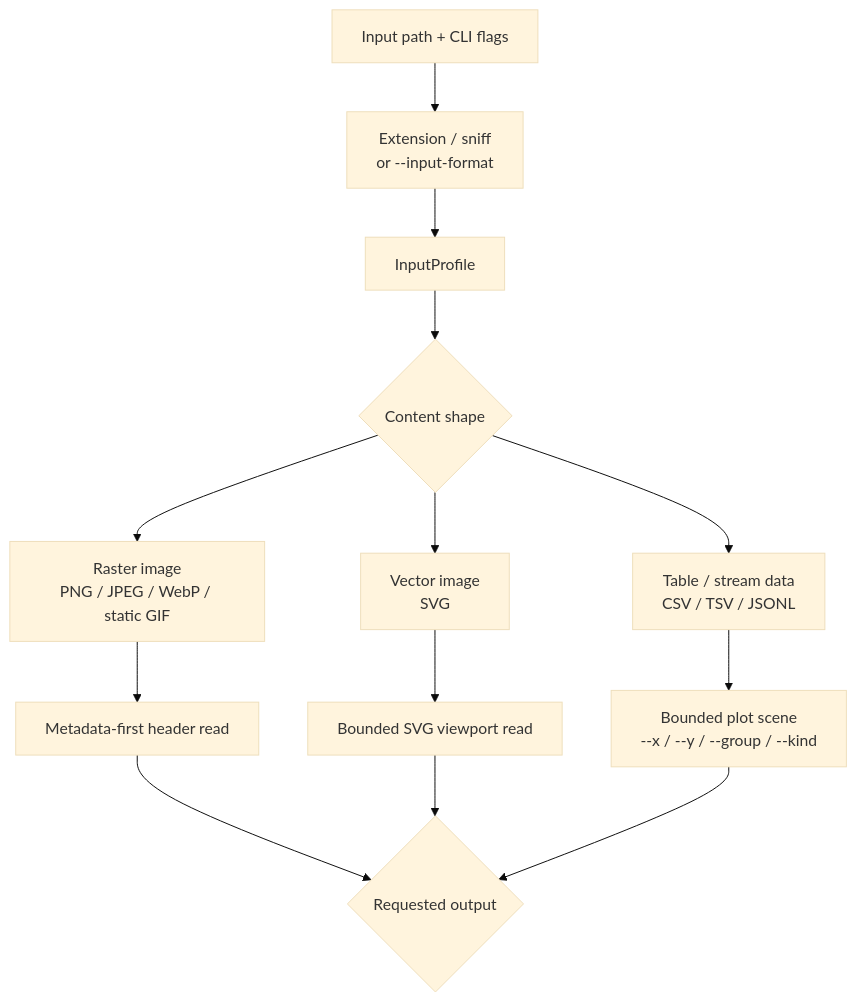
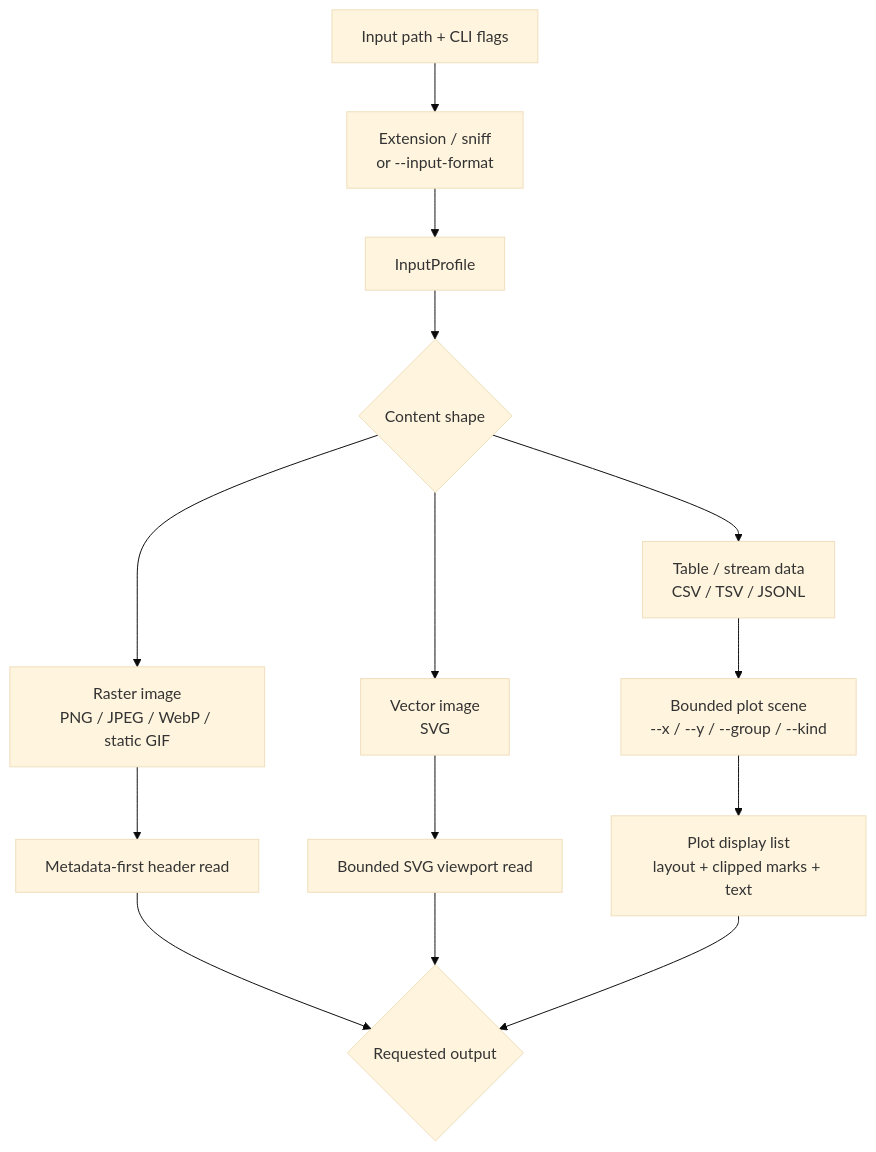
Before and after one commit to siriusctrl/termviz: the first of 3 diagrams in README.md, drawn with Mermaid (base theme). The commit also changed other lines of this file and 13 other files, not shown here.

First line of the commit message:
feat: share plot display list rendering

````diff
--- a/README.md
+++ b/README.md
@@ -127,18 +127,19 @@
 ```mermaid
 flowchart TD
     input["Input path + CLI flags"] --> infer["Extension / sniff\nor --input-format"]
     infer --> profile["InputProfile"]
     profile --> shape{"Content shape"}
 
     shape --> raster["Raster image\nPNG / JPEG / WebP / static GIF"]
     shape --> vector["Vector image\nSVG"]
     shape --> table["Table / stream data\nCSV / TSV / JSONL"]
 
     raster --> raster_meta["Metadata-first header read"]
     vector --> svg_meta["Bounded SVG viewport read"]
     table --> plot_model["Bounded plot scene\n--x / --y / --group / --kind"]
+    plot_model --> display_list["Plot display list\nlayout + clipped marks + text"]
 
     raster_meta --> route{"Requested output"}
     svg_meta --> route
-    plot_model --> route
+    display_list --> route
 ```
````
